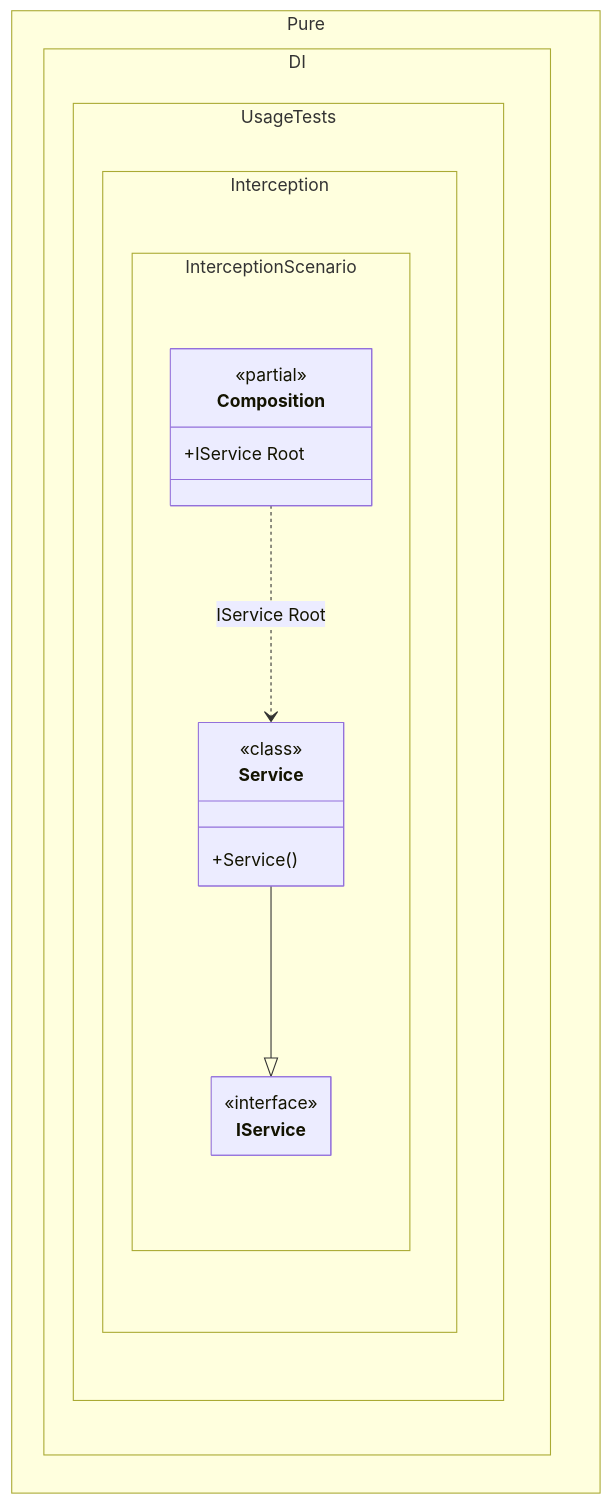
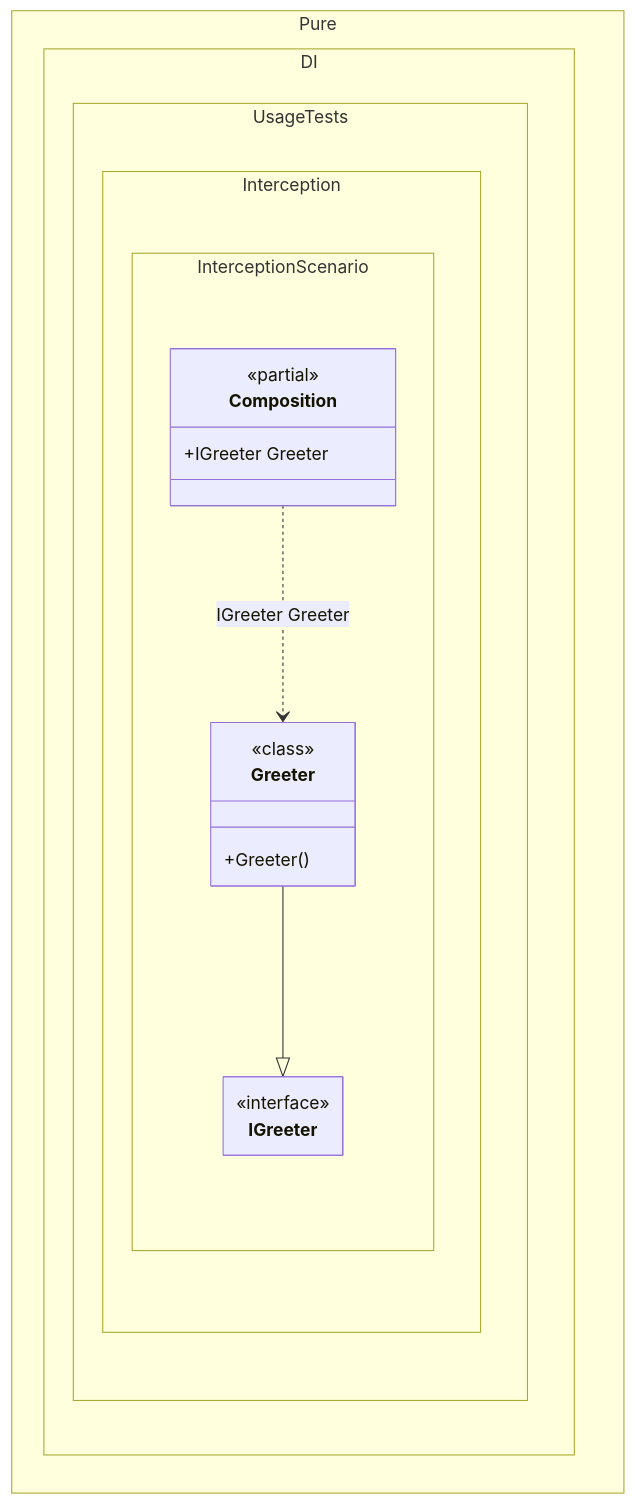
The diagram in readme/interception.md (DevTeam/Pure.DI), drawn with Mermaid before and after one commit. The commit also changed other lines of this file and 126 other files, not shown here.

````diff
--- a/readme/interception.md
+++ b/readme/interception.md
@@ -140,25 +150,25 @@
 ```mermaid
 ---
  config:
   maxTextSize: 2147483647
   maxEdges: 2147483647
   class:
    hideEmptyMembersBox: true
 ---
 classDiagram
-	Service --|> IService
-	Composition ..> Service : IService Root
+	Greeter --|> IGreeter
+	Composition ..> Greeter : IGreeter Greeter
 	namespace Pure.DI.UsageTests.Interception.InterceptionScenario {
 		class Composition {
 		<<partial>>
-		+IService Root
+		+IGreeter Greeter
 		}
-		class IService {
+		class Greeter {
+				<<class>>
+			+Greeter()
+		}
+		class IGreeter {
 			<<interface>>
-		}
-		class Service {
-				<<class>>
-			+Service()
 		}
 	}
 ```
````
